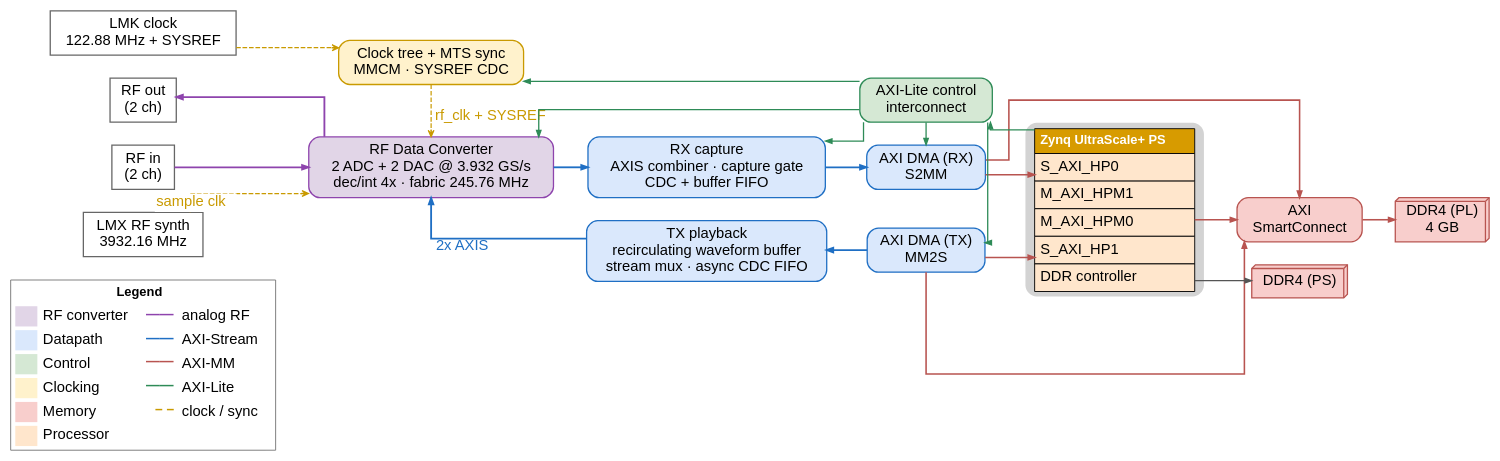
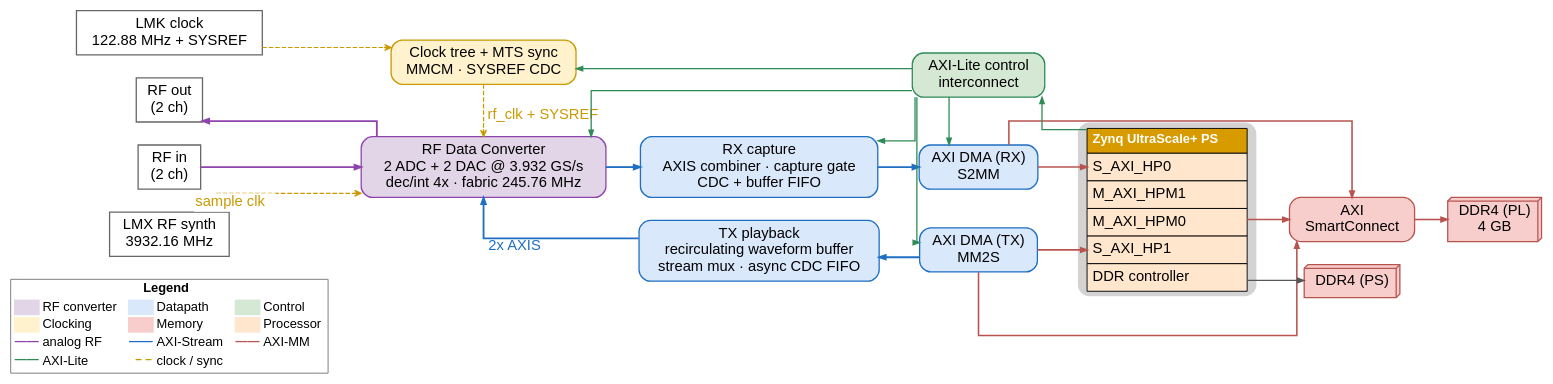
Before and after one commit to ali-rasteh/rfsoc-sdr: the diagram in vivado/sounder_bbf_sivers_ddr4_2x2/arch_diagrams/8_paper_system_architecture.dot, drawn with Graphviz. The commit also changed 61 other files, not shown here.

```diff
--- a/vivado/sounder_bbf_sivers_ddr4_2x2/arch_diagrams/8_paper_system_architecture.dot
+++ b/vivado/sounder_bbf_sivers_ddr4_2x2/arch_diagrams/8_paper_system_architecture.dot
@@ -1,102 +1,102 @@
 digraph "paper_system_architecture" {
   graph [rankdir=LR, splines=ortho, nodesep=0.35, ranksep=0.5, fontname="Helvetica",
          bgcolor="white", forcelabels=true, pack=false];
   node  [fontname="Helvetica", fontsize=16, shape=box, style="filled,rounded",
          penwidth=1.4, margin="0.14,0.09"];
   edge  [fontname="Helvetica", fontsize=16, penwidth=1.4, arrowsize=0.7];
 
   /* ---------- nodes (declared top-to-bottom per column) ---------- */
   /* external ports: plain square-cornered white boxes (distinct from the rounded fabric blocks) */
   "rf_in"   [label="RF in\n(2 ch)",  shape=box,      fillcolor="#FFFFFF", color="#666666", style="filled", fontsize=16];
   "rf_out"  [label="RF out\n(2 ch)", shape=box,      fillcolor="#FFFFFF", color="#666666", style="filled", fontsize=16];
   "clk_lmx" [label="LMX RF synth\n3932.16 MHz",      shape=box, fillcolor="#FFFFFF", color="#666666", style="filled", fontsize=16];
   "clk_lmk" [label="LMK clock\n122.88 MHz + SYSREF", shape=box, fillcolor="#FFFFFF", color="#666666", style="filled", fontsize=16];
 
   "rfdc" [label="RF Data Converter\n2 ADC + 2 DAC @ 3.932 GS/s\ndec/int 4x · fabric 245.76 MHz",
           fillcolor="#E1D5E7", color="#8E44AD"];
   "clktree" [label="Clock tree + MTS sync\nMMCM · SYSREF CDC", fillcolor="#FFF2CC", color="#C99A00"];
 
   "rx_cap" [label="RX capture\nAXIS combiner · capture gate\nCDC + buffer FIFO", fillcolor="#DAE8FC", color="#1F6FC4"];
   "tx_pb"  [label="TX playback\nrecirculating waveform buffer\nstream mux · async CDC FIFO", fillcolor="#DAE8FC", color="#1F6FC4"];
 
   "dma_rx" [label="AXI DMA (RX)\nS2MM", fillcolor="#DAE8FC", color="#1F6FC4"];
   "ctrl"   [label="AXI-Lite control\ninterconnect", fillcolor="#D5E8D4", color="#2E8B57"];
   "dma_tx" [label="AXI DMA (TX)\nMM2S", fillcolor="#DAE8FC", color="#1F6FC4"];
 
   "ps" [shape=plaintext, label=<<table border="0" cellborder="1" cellspacing="0" cellpadding="5" bgcolor="white">
     <tr><td bgcolor="#D79B00"><font color="white" point-size="14"><b>Zynq UltraScale+ PS</b></font></td></tr>
     <tr><td port="hp0"  align="left" bgcolor="#FFE6CC"><font point-size="16">S_AXI_HP0</font></td></tr>
     <tr><td port="hpm1" align="left" bgcolor="#FFE6CC"><font point-size="16">M_AXI_HPM1</font></td></tr>
     <tr><td port="hpm0" align="left" bgcolor="#FFE6CC"><font point-size="16">M_AXI_HPM0</font></td></tr>
     <tr><td port="hp1"  align="left" bgcolor="#FFE6CC"><font point-size="16">S_AXI_HP1</font></td></tr>
     <tr><td port="ddrc" align="left" bgcolor="#FFE6CC"><font point-size="16">DDR controller</font></td></tr>
   </table>>];
 
   "sc"     [label="AXI\nSmartConnect", fillcolor="#F8CECC", color="#B85450"];
   "ddr4ps" [label="DDR4 (PS)", shape=box3d, style="filled", fillcolor="#F8CECC", color="#B85450"];
   "ddr4pl" [label="DDR4 (PL)\n4 GB", shape=box3d, style="filled", fillcolor="#F8CECC", color="#B85450"];
 
   /* ---------- rank columns ---------- */
   /* legend sits below the external-input column: fills dead space without widening the canvas */
   { rank=same; "rf_in"; "rf_out"; "clk_lmx"; "clk_lmk"; "legend"; }
   "clk_lmk" -> "rf_out" [style=invis];
   "rf_out" -> "rf_in"   [style=invis];
   "rf_in" -> "clk_lmx"  [style=invis];
   "clk_lmx" -> "legend" [style=invis];
   { rank=same; "rfdc"; "clktree"; }
   { rank=same; "rx_cap"; "tx_pb"; }
-  { rank=same; "dma_rx"; "ctrl"; "dma_tx"; }
+  /* nudge ctrl clear of dma_rx: without the extra separation the PS -> ctrl arrow has no
+     room for a riser and its arrowhead lands on top of its own horizontal approach */
+  { rank=same; "ctrl"; "ctrlgap"; "dma_rx"; "dma_tx"; }
+  "ctrlgap" [shape=box, style=invis, label="", width=0.02, height=0.02, fixedsize=true];
+  "ctrl" -> "ctrlgap"   [style=invis];
+  "ctrlgap" -> "dma_rx" [style=invis];
   { rank=same; "sc"; "ddr4ps"; }
 
   /* ---------- analog RF ---------- */
   "rf_in" -> "rfdc" [color="#8E44AD", style=solid, penwidth=2.0, weight=8];
   "rfdc" -> "rf_out" [color="#8E44AD", style=solid, penwidth=2.0, constraint=false, weight=8];
 
   /* ---------- AXI-Stream data ---------- */
   "rfdc" -> "rx_cap" [color="#1F6FC4", style=solid, penwidth=2.0, xlabel="", fontcolor="#1F6FC4"];
   "rx_cap" -> "dma_rx" [color="#1F6FC4", style=solid, penwidth=2.0];
   "dma_tx" -> "tx_pb" [color="#1F6FC4", style=solid, penwidth=2.0, constraint=false];
   "tx_pb" -> "rfdc" [color="#1F6FC4", style=solid, penwidth=2.0, xlabel="2x AXIS", fontcolor="#1F6FC4", constraint=false];
 
   /* ---------- AXI-MM memory ---------- */
   "dma_rx" -> "ps":"hp0":w [color="#B85450", style=solid, penwidth=1.7];
   "dma_tx" -> "ps":"hp1":w [color="#B85450", style=solid, penwidth=1.7];
   "dma_rx" -> "sc" [color="#B85450", style=solid, penwidth=1.7];
   "dma_tx" -> "sc" [color="#B85450", style=solid, penwidth=1.7];
   "ps":"hpm0":e -> "sc" [color="#B85450", style=solid, penwidth=1.7];
   "sc" -> "ddr4pl" [color="#B85450", style=solid, penwidth=1.7];
   "ps":"ddrc":e -> "ddr4ps" [color="#555555", style=solid, penwidth=1.4];
 
   /* ---------- AXI-Lite control ---------- */
   "ps":"hpm1":w -> "ctrl" [color="#2E8B57", style=solid, penwidth=1.4, constraint=false];
   "ctrl" -> "rfdc"    [color="#2E8B57", style=solid, penwidth=1.4, constraint=false];
   "ctrl" -> "rx_cap"  [color="#2E8B57", style=solid, penwidth=1.4, constraint=false];
   "ctrl" -> "dma_rx"  [color="#2E8B57", style=solid, penwidth=1.4];
   "ctrl" -> "dma_tx"  [color="#2E8B57", style=solid, penwidth=1.4];
   "ctrl" -> "clktree" [color="#2E8B57", style=solid, penwidth=1.4, constraint=false];
 
   /* ---------- clocking ---------- */
   "clk_lmk" -> "clktree" [color="#C99A00", style=dashed, penwidth=1.3, arrowhead=vee];
   /* leading newline keeps this label off the analog RF run into rf_out */
   "clktree" -> "rfdc" [color="#C99A00", style=dashed, penwidth=1.3, arrowhead=vee, xlabel="\nrf_clk + SYSREF", fontcolor="#C99A00"];
   /* this label lands on its own vertical stub: opaque box breaks the line behind the text */
   "clk_lmx" -> "rfdc" [color="#C99A00", style=dashed, penwidth=1.3, arrowhead=vee,
                        xlabel=<<table border="0" cellborder="0" cellspacing="0" cellpadding="1" bgcolor="white"><tr><td><font color="#C99A00" point-size="16">sample clk</font></td></tr></table>>];
 
   /* ---------- legend ---------- */
-  "legend" [shape=plaintext, margin=0, label=<<table border="1" color="#777777" cellborder="0" cellspacing="4" cellpadding="2" bgcolor="white">
-    <tr><td colspan="4" align="center"><font point-size="14"><b>Legend</b></font></td></tr>
-    <tr><td bgcolor="#E1D5E7" width="24"><font point-size="4"> </font></td><td align="left"><font point-size="16">RF converter</font></td>
-        <td align="right"><font color="#8E44AD" point-size="15"><b>&#8213;&#8213;</b></font></td><td align="left"><font point-size="16">analog RF</font></td></tr>
-    <tr><td bgcolor="#DAE8FC" width="24"><font point-size="4"> </font></td><td align="left"><font point-size="16">Datapath</font></td>
-        <td align="right"><font color="#1F6FC4" point-size="15"><b>&#8213;&#8213;</b></font></td><td align="left"><font point-size="16">AXI-Stream</font></td></tr>
-    <tr><td bgcolor="#D5E8D4" width="24"><font point-size="4"> </font></td><td align="left"><font point-size="16">Control</font></td>
-        <td align="right"><font color="#B85450" point-size="15"><b>&#8213;&#8213;</b></font></td><td align="left"><font point-size="16">AXI-MM</font></td></tr>
-    <tr><td bgcolor="#FFF2CC" width="24"><font point-size="4"> </font></td><td align="left"><font point-size="16">Clocking</font></td>
-        <td align="right"><font color="#2E8B57" point-size="15"><b>&#8213;&#8213;</b></font></td><td align="left"><font point-size="16">AXI-Lite</font></td></tr>
-    <tr><td bgcolor="#F8CECC" width="24"><font point-size="4"> </font></td><td align="left"><font point-size="16">Memory</font></td>
-        <td align="right"><font color="#C99A00" point-size="15"><b>&#8211; &#8211;</b></font></td><td align="left"><font point-size="16">clock / sync</font></td></tr>
-    <tr><td bgcolor="#FFE6CC" width="24"><font point-size="4"> </font></td><td align="left"><font point-size="16">Processor</font></td>
-        <td> </td><td> </td></tr>
+  /* wide-and-short: 3 swatch/label pairs per row, fills then line classes.
+     Legend text is 14pt (vs 16pt for diagram nodes) so the wider table does not
+     push the whole figure wide enough to drop node text below ~5pt in print. */
+  "legend" [shape=plaintext, margin=0, label=<<table border="1" color="#777777" cellborder="0" cellspacing="2" cellpadding="1" bgcolor="white">
+    <tr><td colspan="6" align="center"><font point-size="14"><b>Legend</b></font></td></tr>
+    <tr><td bgcolor="#E1D5E7" width="18"><font point-size="4"> </font></td><td align="left"><font point-size="14">RF converter</font></td><td bgcolor="#DAE8FC" width="18"><font point-size="4"> </font></td><td align="left"><font point-size="14">Datapath</font></td><td bgcolor="#D5E8D4" width="18"><font point-size="4"> </font></td><td align="left"><font point-size="14">Control</font></td></tr>
+    <tr><td bgcolor="#FFF2CC" width="18"><font point-size="4"> </font></td><td align="left"><font point-size="14">Clocking</font></td><td bgcolor="#F8CECC" width="18"><font point-size="4"> </font></td><td align="left"><font point-size="14">Memory</font></td><td bgcolor="#FFE6CC" width="18"><font point-size="4"> </font></td><td align="left"><font point-size="14">Processor</font></td></tr>
+    <tr><td align="right"><font color="#8E44AD" point-size="13"><b>&#8213;&#8213;</b></font></td><td align="left"><font point-size="14">analog RF</font></td><td align="right"><font color="#1F6FC4" point-size="13"><b>&#8213;&#8213;</b></font></td><td align="left"><font point-size="14">AXI-Stream</font></td><td align="right"><font color="#B85450" point-size="13"><b>&#8213;&#8213;</b></font></td><td align="left"><font point-size="14">AXI-MM</font></td></tr>
+    <tr><td align="right"><font color="#2E8B57" point-size="13"><b>&#8213;&#8213;</b></font></td><td align="left"><font point-size="14">AXI-Lite</font></td><td align="right"><font color="#C99A00" point-size="13"><b>&#8211; &#8211;</b></font></td><td align="left"><font point-size="14">clock / sync</font></td><td> </td><td> </td></tr>
   </table>>];
 }
```
